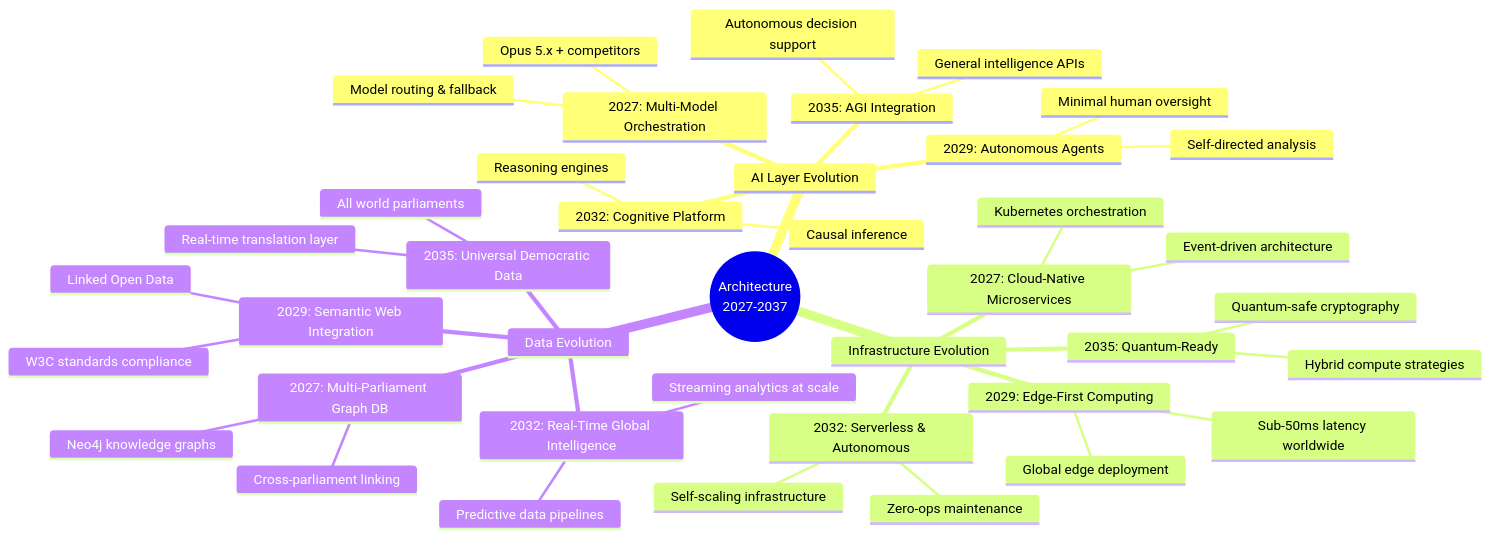
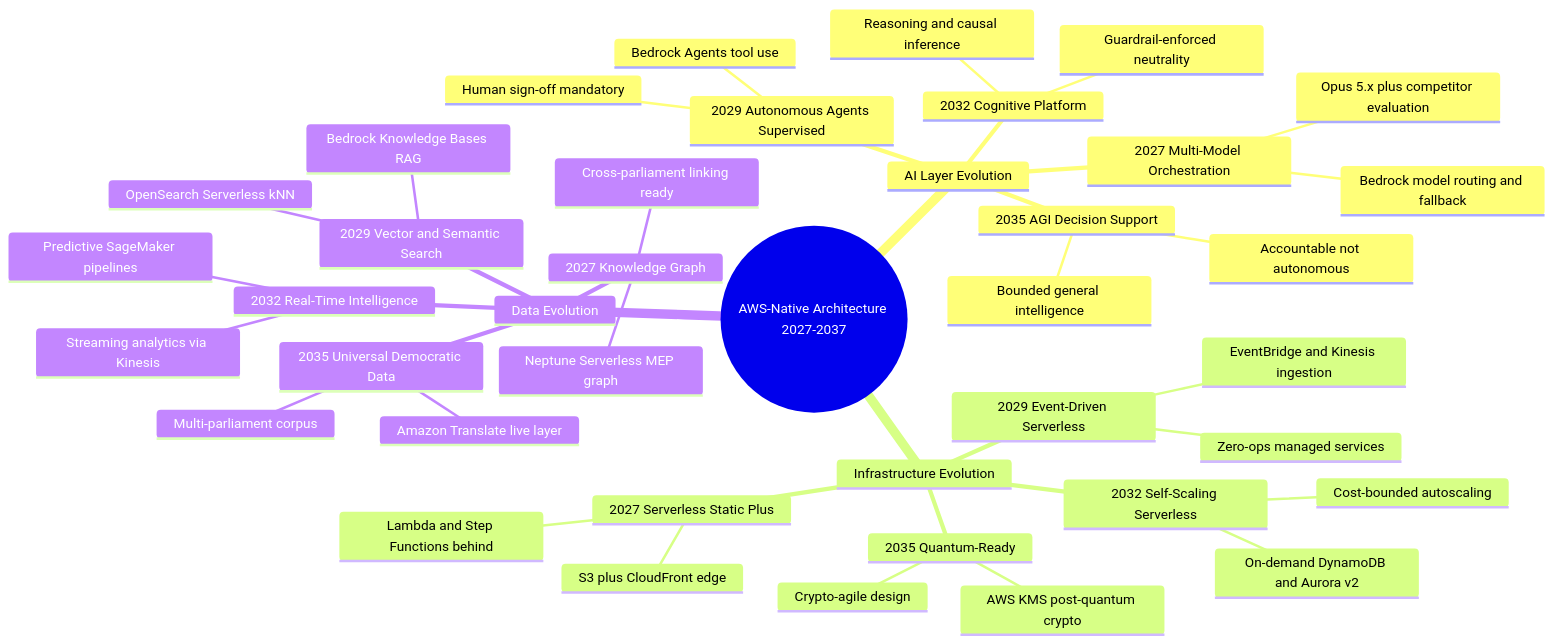
The eighth of 8 diagrams in FUTURE_ARCHITECTURE.md (Hack23/euparliamentmonitor), drawn with Mermaid before and after one commit. The commit also changed other lines of this file and 5 other files, not shown here.

Commit message:
docs: rewrite FUTURE architecture portfolio for v2.0/v3.0 all-in-AWS vision

````diff
--- a/FUTURE_ARCHITECTURE.md
+++ b/FUTURE_ARCHITECTURE.md
@@ -1332,43 +713,43 @@
 ```mermaid
 mindmap
-  root((Architecture<br/>2027-2037))
+  root((AWS-Native Architecture 2027-2037))
     AI Layer Evolution
-      2027: Multi-Model Orchestration
-        Opus 5.x + competitors
-        Model routing & fallback
-      2029: Autonomous Agents
-        Self-directed analysis
-        Minimal human oversight
-      2032: Cognitive Platform
-        Reasoning engines
-        Causal inference
-      2035: AGI Integration
-        General intelligence APIs
-        Autonomous decision support
+      2027 Multi-Model Orchestration
+        Bedrock model routing and fallback
+        Opus 5.x plus competitor evaluation
+      2029 Autonomous Agents Supervised
+        Bedrock Agents tool use
+        Human sign-off mandatory
+      2032 Cognitive Platform
+        Reasoning and causal inference
+        Guardrail-enforced neutrality
+      2035 AGI Decision Support
+        Bounded general intelligence
+        Accountable not autonomous
     Infrastructure Evolution
-      2027: Cloud-Native Microservices
-        Kubernetes orchestration
-        Event-driven architecture
-      2029: Edge-First Computing
-        Global edge deployment
-        Sub-50ms latency worldwide
-      2032: Serverless & Autonomous
-        Self-scaling infrastructure
-        Zero-ops maintenance
-      2035: Quantum-Ready
-        Quantum-safe cryptography
-        Hybrid compute strategies
+      2027 Serverless Static Plus
+        S3 plus CloudFront edge
+        Lambda and Step Functions behind
+      2029 Event-Driven Serverless
+        EventBridge and Kinesis ingestion
+        Zero-ops managed services
+      2032 Self-Scaling Serverless
+        On-demand DynamoDB and Aurora v2
+        Cost-bounded autoscaling
+      2035 Quantum-Ready
+        AWS KMS post-quantum crypto
+        Crypto-agile design
     Data Evolution
-      2027: Multi-Parliament Graph DB
-        Neo4j knowledge graphs
-        Cross-parliament linking
-      2029: Semantic Web Integration
-        Linked Open Data
-        W3C standards compliance
-      2032: Real-Time Global Intelligence
-        Streaming analytics at scale
-        Predictive data pipelines
-      2035: Universal Democratic Data
-        All world parliaments
-        Real-time translation layer
+      2027 Knowledge Graph
+        Neptune Serverless MEP graph
+        Cross-parliament linking ready
+      2029 Vector and Semantic Search
+        OpenSearch Serverless kNN
+        Bedrock Knowledge Bases RAG
+      2032 Real-Time Intelligence
+        Streaming analytics via Kinesis
+        Predictive SageMaker pipelines
+      2035 Universal Democratic Data
+        Multi-parliament corpus
+        Amazon Translate live layer
 ```
````
